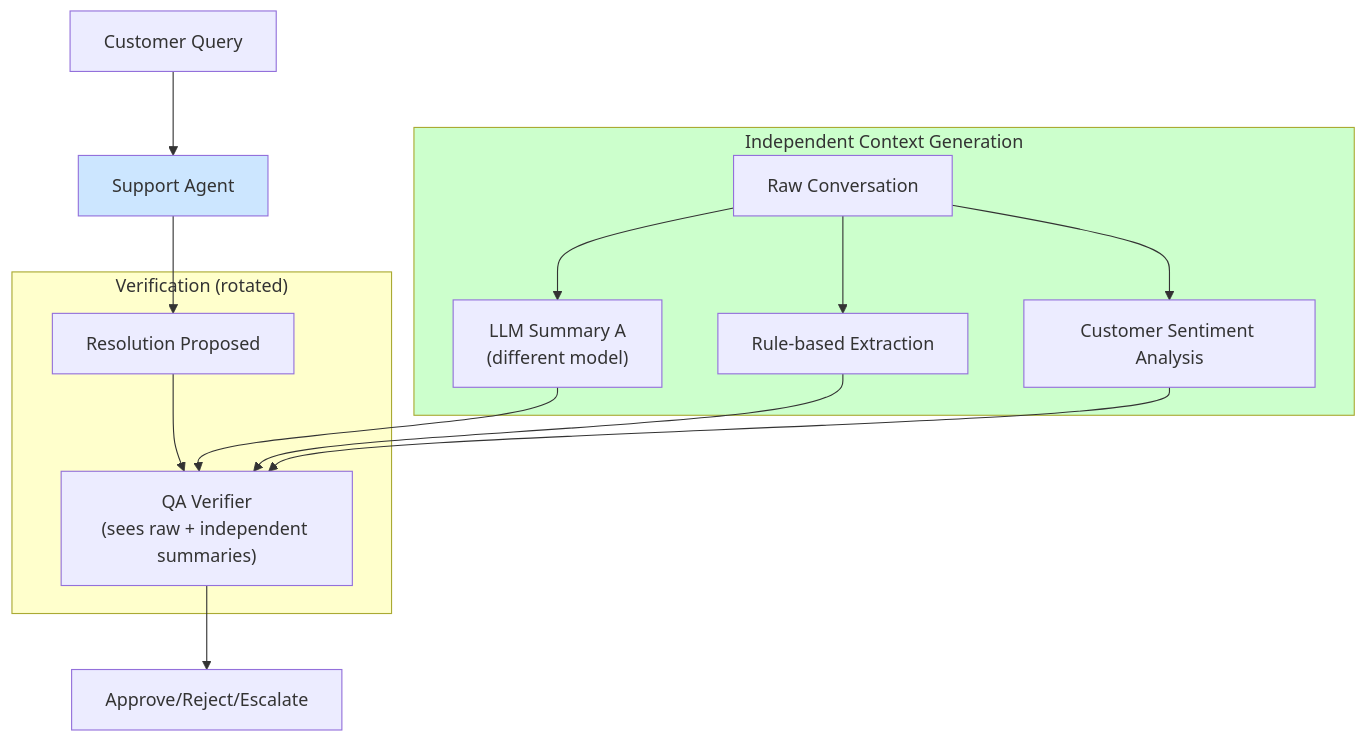
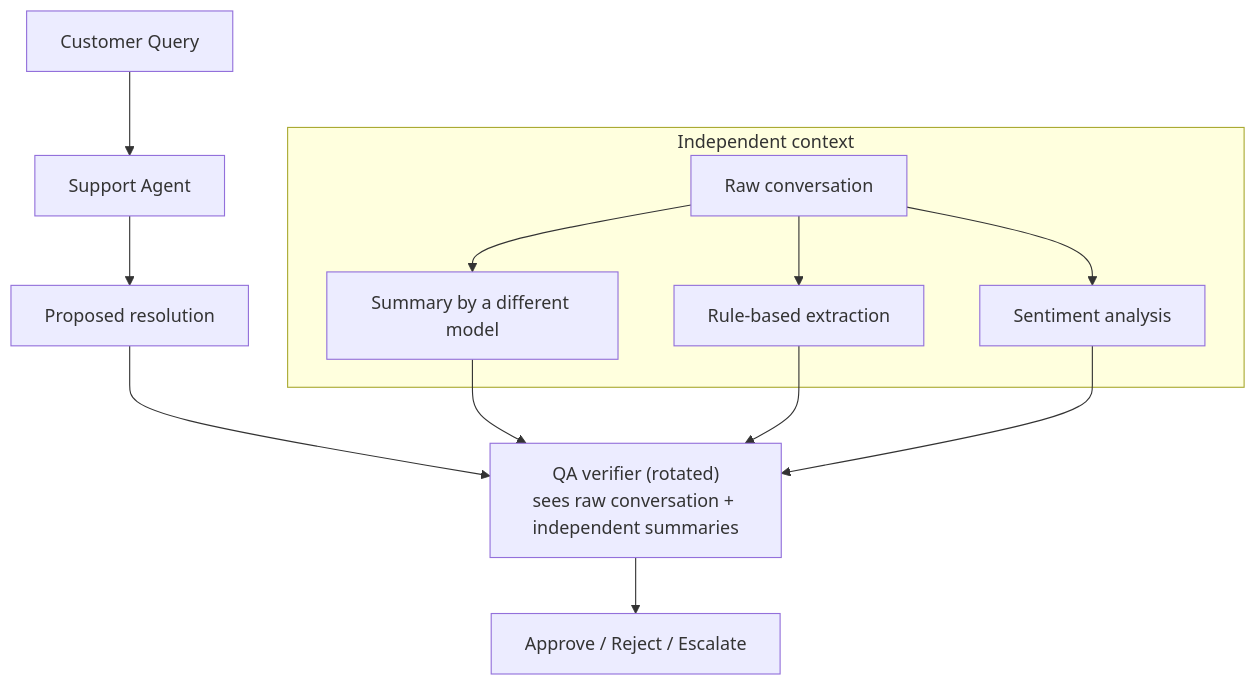
The ninth of 9 diagrams in apps/delegation-risk/src/content/docs/entanglements/case-studies/examples.md (quantified-uncertainty/cairn), drawn with Mermaid before and after one commit. The commit also changed other lines of this file and 253 other files, not shown here.

````diff
--- a/apps/delegation-risk/src/content/docs/entanglements/case-studies/examples.md
+++ b/apps/delegation-risk/src/content/docs/entanglements/case-studies/examples.md
@@ -452,25 +288,18 @@
 ```mermaid
 flowchart TB
     CQ[Customer Query]
     CQ --> Agent["Support Agent"]
-    Agent --> Resolution["Resolution Proposed"]
+    Agent --> Resolution["Proposed resolution"]
 
-    subgraph IndependentContext["Independent Context Generation"]
-        CQ2[Raw Conversation] --> Sum1["LLM Summary A<br/>(different model)"]
-        CQ2 --> Sum2["Rule-based Extraction"]
-        CQ2 --> Sum3["Customer Sentiment Analysis"]
+    subgraph IndependentContext["Independent context"]
+        CQ2[Raw conversation] --> Sum1["Summary by a different model"]
+        CQ2 --> Sum2["Rule-based extraction"]
+        CQ2 --> Sum3["Sentiment analysis"]
     end
 
-    subgraph Verification["Verification (rotated)"]
-        Resolution --> Verifier["QA Verifier<br/>(sees raw + independent summaries)"]
-        Sum1 --> Verifier
-        Sum2 --> Verifier
-        Sum3 --> Verifier
-    end
-
-    Verifier --> Decision["Approve/Reject/Escalate"]
-
-    style Agent fill:#cce6ff
-    style IndependentContext fill:#ccffcc
-    style Verification fill:#ffffcc
+    Resolution --> Verifier["QA verifier (rotated)<br/>sees raw conversation + independent summaries"]
+    Sum1 --> Verifier
+    Sum2 --> Verifier
+    Sum3 --> Verifier
+    Verifier --> Decision["Approve / Reject / Escalate"]
 ```
````
